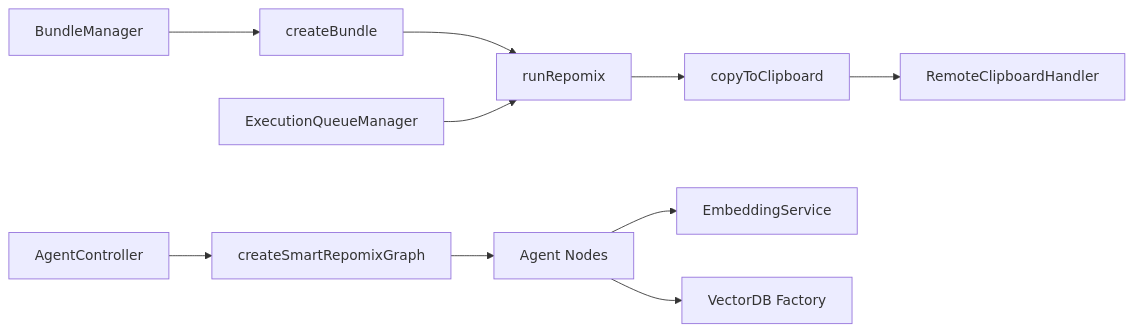
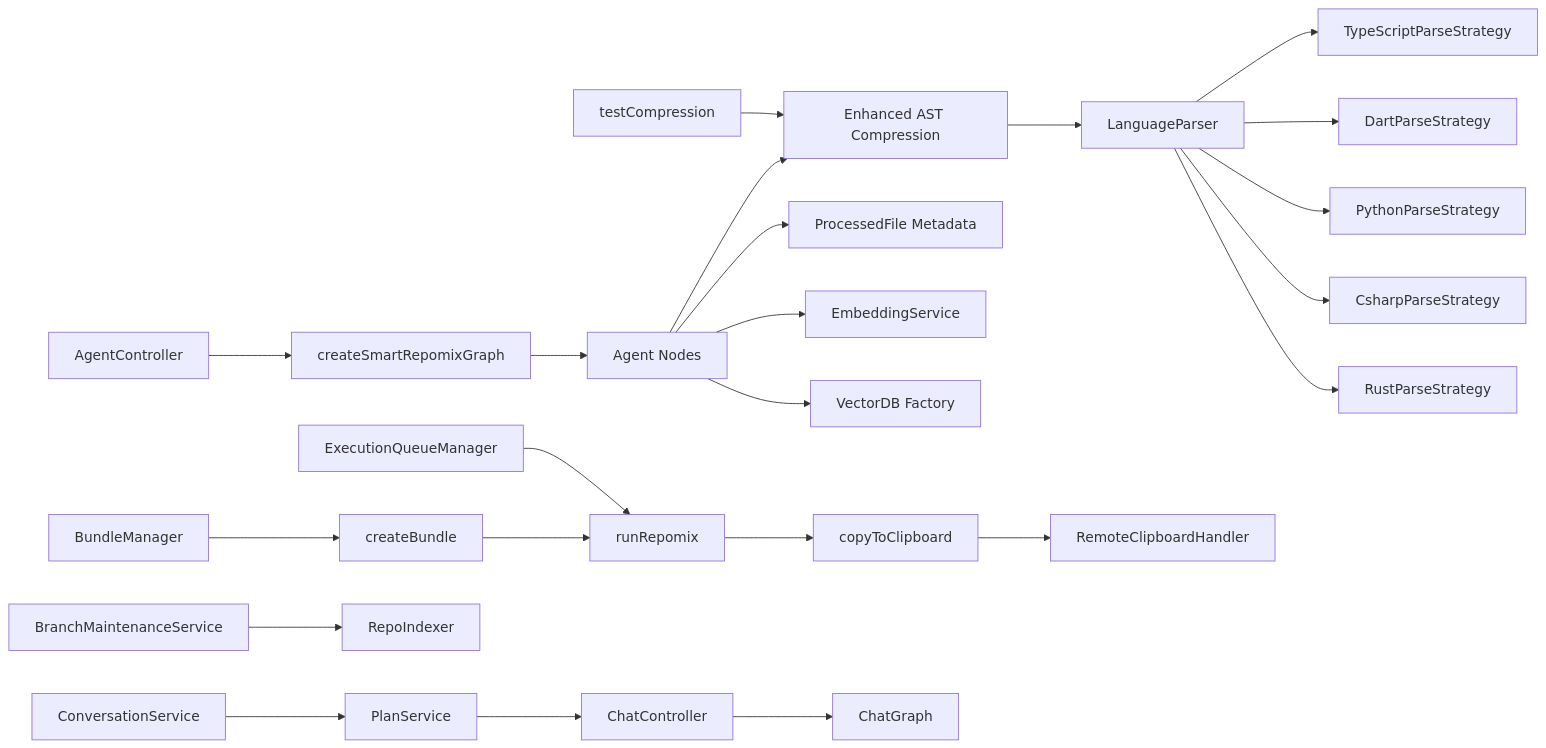
The ninth of 9 diagrams in .qoder/repowiki/en/content/Core Features/Core Features.md (bramburn/repomix-runner), drawn with Mermaid before and after one commit. The commit also changed other lines of this file and 19 other files, not shown here.

````diff
--- a/.qoder/repowiki/en/content/Core Features/Core Features.md
+++ b/.qoder/repowiki/en/content/Core Features/Core Features.md
@@ -348,12 +715,25 @@
 ```mermaid
 graph LR
 BM["BundleManager"] --> CB["createBundle"]
 CB --> RR["runRepomix"]
 RR --> CT["copyToClipboard"]
 AC["AgentController"] --> GR["createSmartRepomixGraph"]
 GR --> ND["Agent Nodes"]
+ND --> PF["ProcessedFile Metadata"]
 ND --> EMB["EmbeddingService"]
 ND --> VDF["VectorDB Factory"]
+ND --> COMP["Enhanced AST Compression"]
+COMP --> LP["LanguageParser"]
+LP --> TPS["TypeScriptParseStrategy"]
+LP --> DPS["DartParseStrategy"]
+LP --> PPS["PythonParseStrategy"]
+LP --> CSP["CsharpParseStrategy"]
+LP --> RPS["RustParseStrategy"]
 CT --> RCH["RemoteClipboardHandler"]
 EQM["ExecutionQueueManager"] --> RR
+BMS["BranchMaintenanceService"] --> RI["RepoIndexer"]
+CS["ConversationService"] --> PC["PlanService"]
+PC --> CC["ChatController"]
+CC --> CG["ChatGraph"]
+TC["testCompression"] --> COMP
 ```
````
